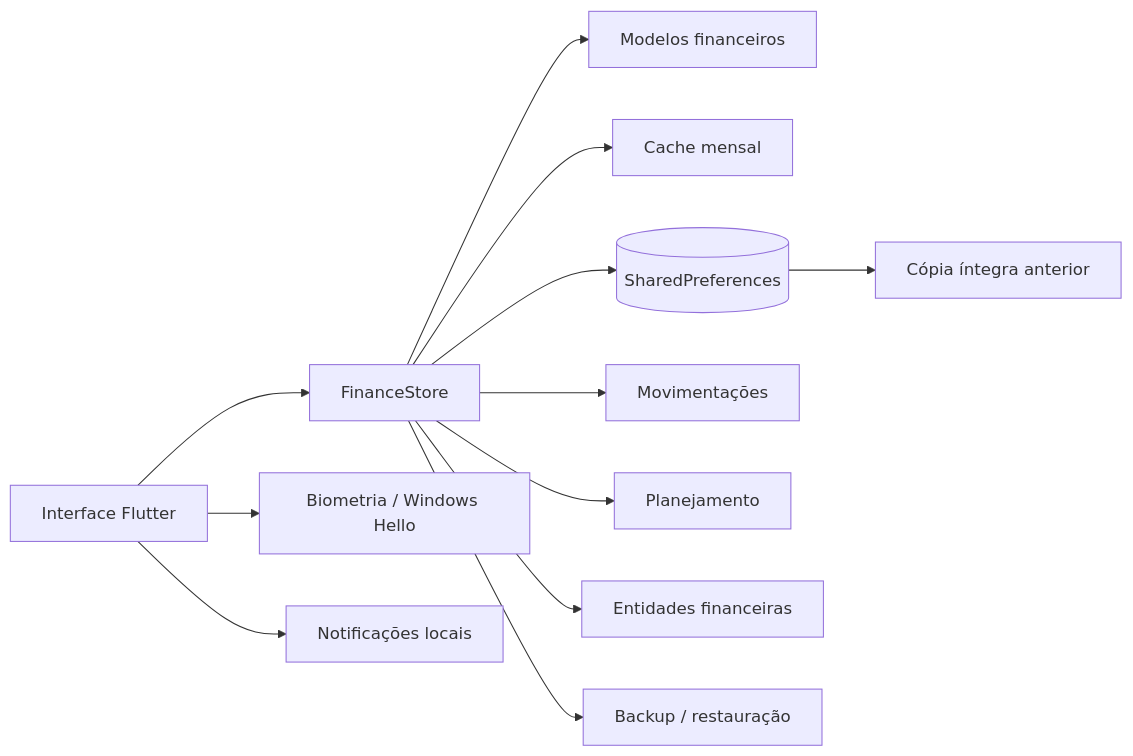
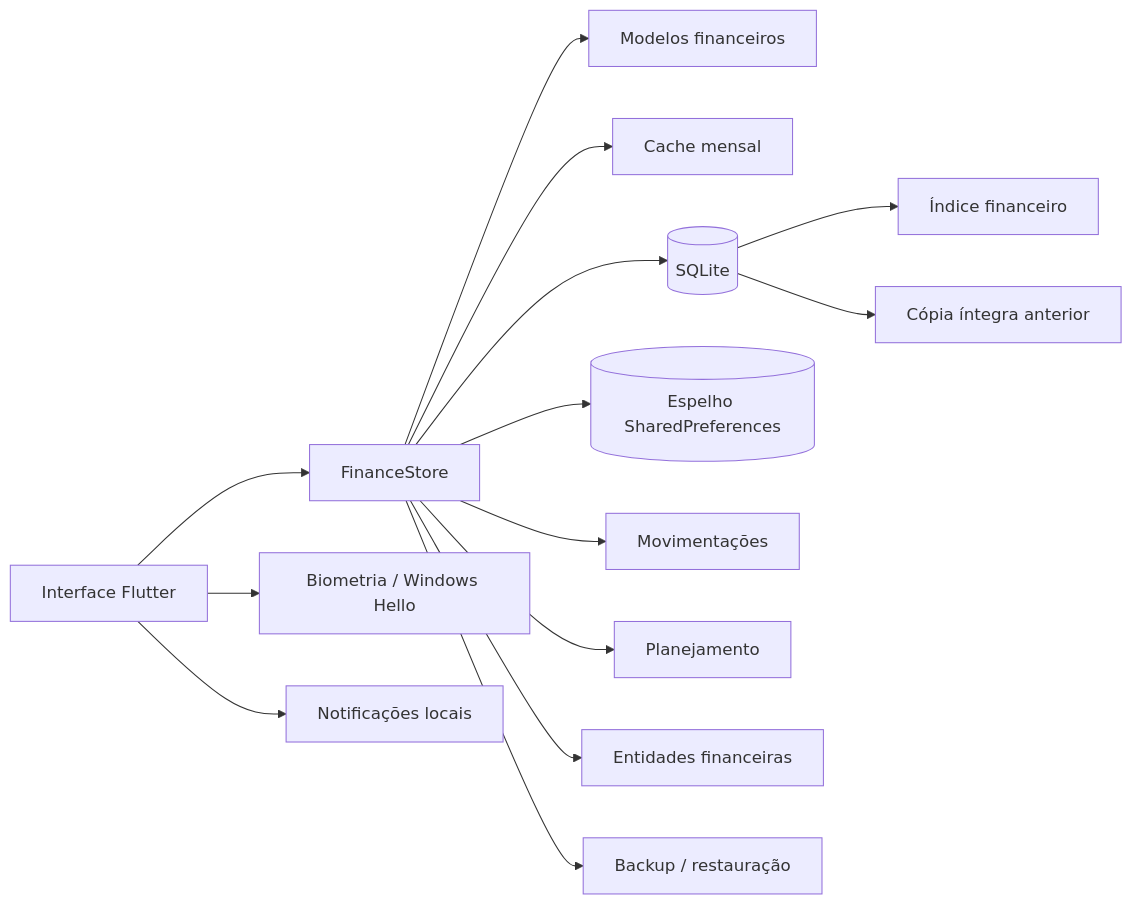
The diagram in README.md (VictorAms12/finora), drawn with Mermaid before and after one commit. The commit also changed other lines of this file and 14 other files, not shown here.

````diff
--- a/README.md
+++ b/README.md
@@ -151,14 +152,16 @@
 ```mermaid
 flowchart LR
     UI[Interface Flutter] --> STORE[FinanceStore]
     STORE --> DATA[Modelos financeiros]
     STORE --> CACHE[Cache mensal]
-    STORE --> LOCAL[(SharedPreferences)]
-    LOCAL --> RECOVERY[Cópia íntegra anterior]
+    STORE --> SQLITE[(SQLite)]
+    SQLITE --> INDEX[Índice financeiro]
+    SQLITE --> RECOVERY[Cópia íntegra anterior]
+    STORE --> LEGACY[(Espelho SharedPreferences)]
     STORE --> TX[Movimentações]
     STORE --> PLAN[Planejamento]
     STORE --> ENT[Entidades financeiras]
     STORE --> BACKUP[Backup / restauração]
     UI --> AUTH[Biometria / Windows Hello]
     UI --> NOTIF[Notificações locais]
 ```
````
